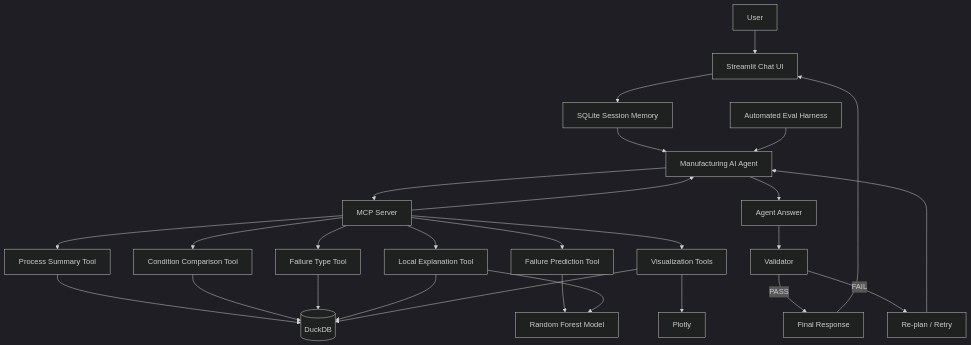
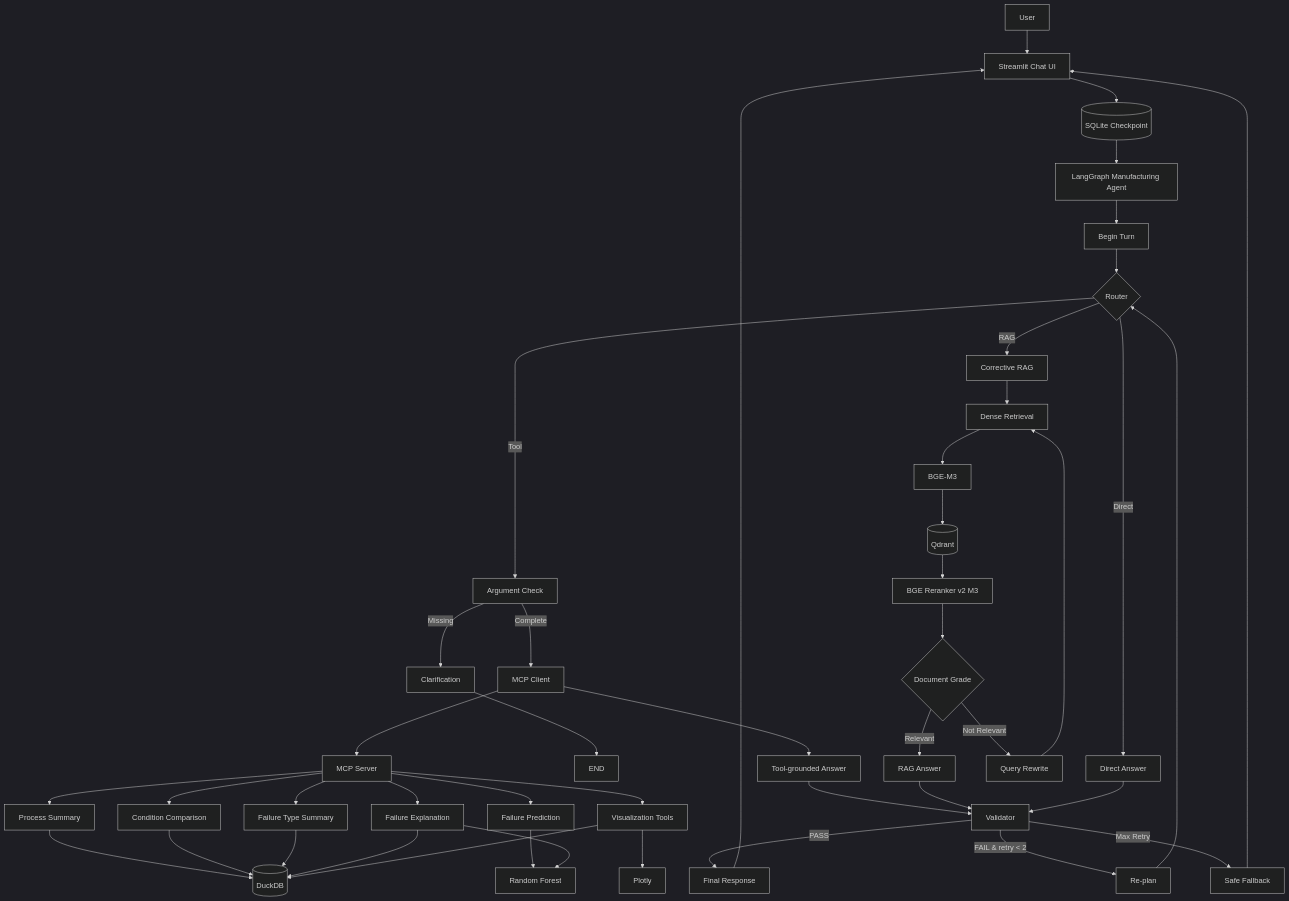
The diagram in README.md (dogsa33/manufacturing-ai-agent), drawn with Mermaid (dark theme) before and after one commit. The commit also changed other lines of this file and 36 other files, not shown here.

Commit message:
Migrate manufacturing agent to LangGraph V2 with RAG and durable memory

````diff
--- a/README.md
+++ b/README.md
@@ -173,44 +195,60 @@
 ```mermaid
 flowchart TD
 
     U[User] --> UI[Streamlit Chat UI]
 
-    UI --> MEM[SQLite Session Memory]
-    MEM --> AGENT[Manufacturing AI Agent]
+    UI --> CP[(SQLite Checkpoint)]
+    CP --> G[LangGraph Manufacturing Agent]
 
-    AGENT --> MCP[MCP Server]
+    G --> B[Begin Turn]
+    B --> R{Router}
 
-    MCP --> T1[Process Summary Tool]
-    MCP --> T2[Condition Comparison Tool]
-    MCP --> T3[Failure Type Tool]
-    MCP --> T4[Failure Prediction Tool]
-    MCP --> T5[Local Explanation Tool]
-    MCP --> T6[Visualization Tools]
+    R -->|Tool| ARG[Argument Check]
+    R -->|RAG| RG[Corrective RAG]
+    R -->|Direct| D[Direct Answer]
+
+    ARG -->|Missing| C[Clarification]
+    C --> E1[END]
+
+    ARG -->|Complete| MCP[MCP Client]
+    MCP --> SERVER[MCP Server]
+
+    SERVER --> T1[Process Summary]
+    SERVER --> T2[Condition Comparison]
+    SERVER --> T3[Failure Type Summary]
+    SERVER --> T4[Failure Prediction]
+    SERVER --> T5[Failure Explanation]
+    SERVER --> T6[Visualization Tools]
 
     T1 --> DB[(DuckDB)]
     T2 --> DB
     T3 --> DB
-
-    T4 --> ML[Random Forest Model]
-
+    T4 --> ML[Random Forest]
     T5 --> ML
     T5 --> DB
-
     T6 --> DB
     T6 --> PLOT[Plotly]
 
-    MCP --> AGENT
+    MCP --> TA[Tool-grounded Answer]
 
-    AGENT --> ANSWER[Agent Answer]
+    RG --> RET[Dense Retrieval]
+    RET --> BGE[BGE-M3]
+    BGE --> Q[(Qdrant)]
+    Q --> RR[BGE Reranker v2 M3]
+    RR --> GR{Document Grade}
+    GR -->|Relevant| GA[RAG Answer]
+    GR -->|Not Relevant| RW[Query Rewrite]
+    RW --> RET
 
-    ANSWER --> VAL[Validator]
+    TA --> V[Validator]
+    GA --> V
+    D --> V
 
-    VAL -->|PASS| FINAL[Final Response]
-    VAL -->|FAIL| REPLAN[Re-plan / Retry]
-
-    REPLAN --> AGENT
+    V -->|PASS| FINAL[Final Response]
+    V -->|FAIL & retry < 2| RP[Re-plan]
+    RP --> R
+    V -->|Max Retry| FB[Safe Fallback]
 
     FINAL --> UI
-
-    EVAL[Automated Eval Harness] --> AGENT
+    FB --> UI
 ```
````
